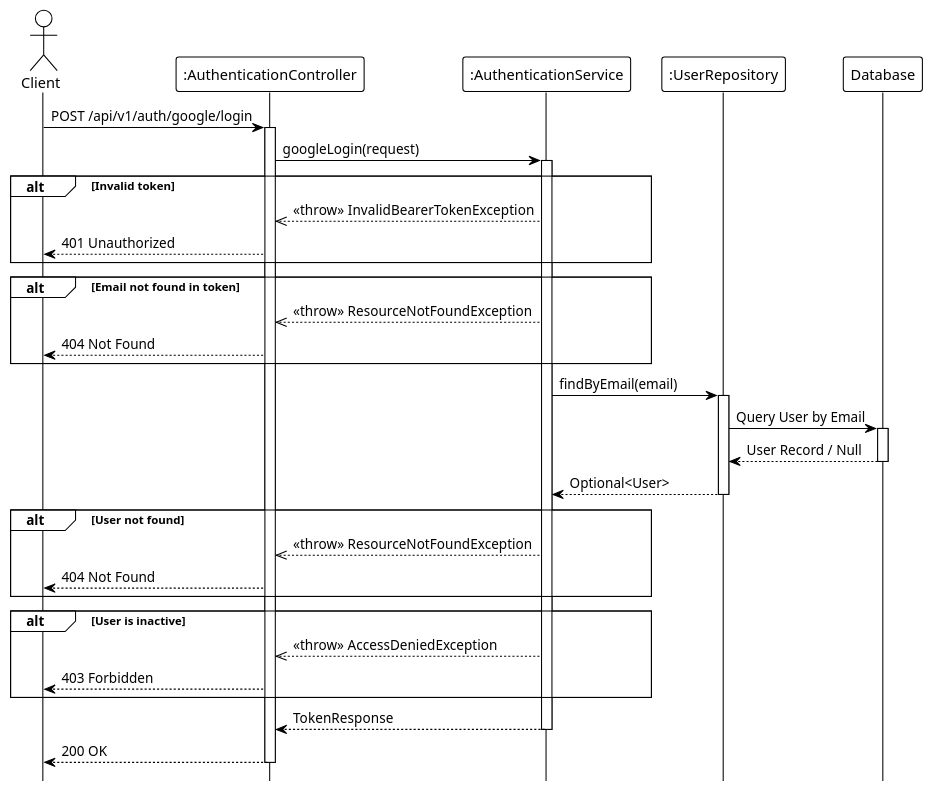
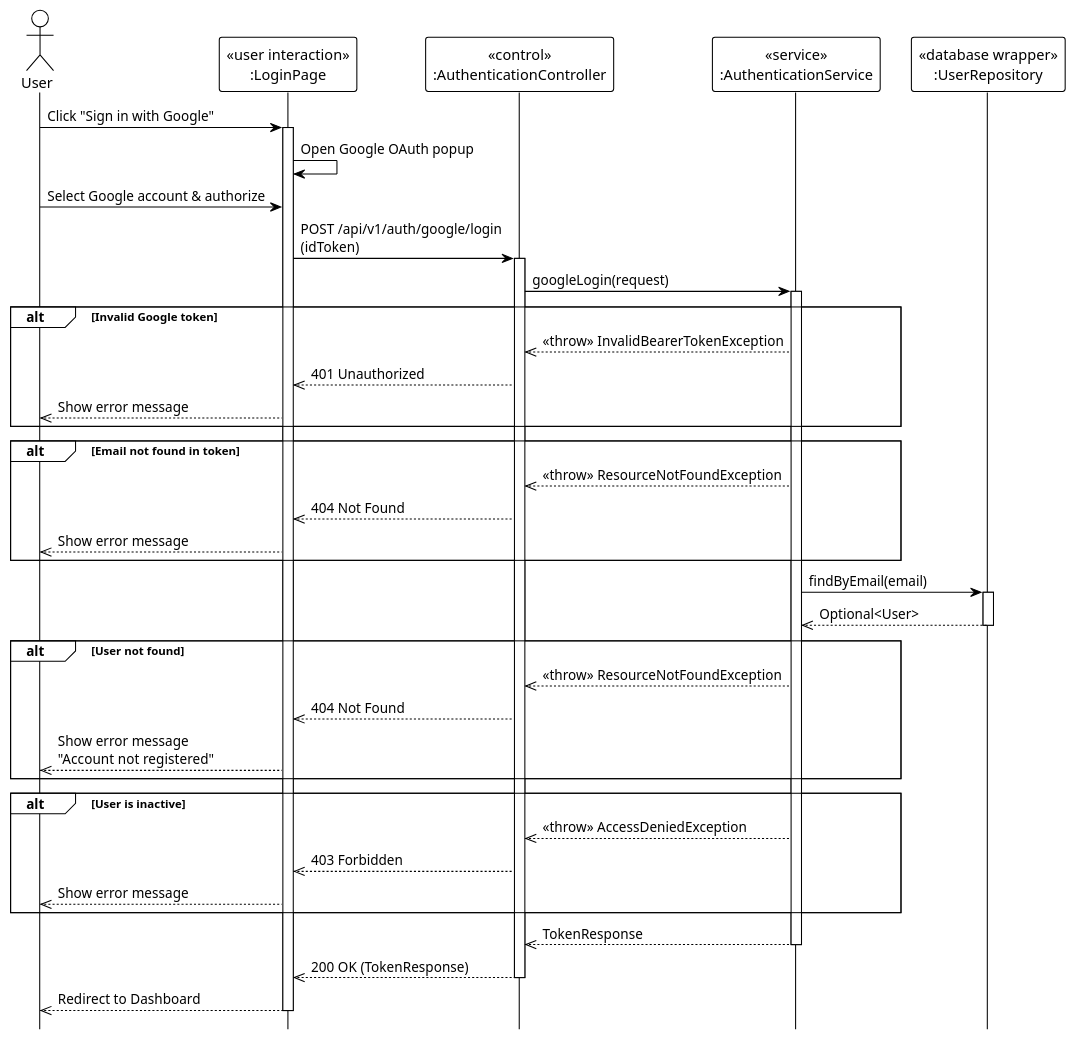
The diagram in system_detailed_design/02_sign_in_with_google/sequence_diagram_sign_in_with_google.puml (Ndh474/context), drawn with PlantUML before and after one commit. The commit also changed 4 other files, not shown here.

Commit message:
docs(system_detailed_design): add UML stereotypes to authentication sequence diagrams

```diff
--- a/system_detailed_design/02_sign_in_with_google/sequence_diagram_sign_in_with_google.puml
+++ b/system_detailed_design/02_sign_in_with_google/sequence_diagram_sign_in_with_google.puml
@@ -1,63 +1,69 @@
 @startuml sign_in_with_google
 !theme plain
 hide footbox
 
-actor Client
-participant ":AuthenticationController" as Controller
-participant ":AuthenticationService" as Service
-participant ":UserRepository" as Repository
-participant "Database" as DB
+actor User
 
-' --- MAIN FLOW ---
-Client -> Controller: POST /api/v1/auth/google/login
+participant "«user interaction»\n:LoginPage" as UI
+participant "«control»\n:AuthenticationController" as Controller
+participant "«service»\n:AuthenticationService" as Service
+participant "«database wrapper»\n:UserRepository" as Repository
+
+' === MAIN FLOW ===
+User -> UI: Click "Sign in with Google"
+activate UI
+
+UI -> UI: Open Google OAuth popup
+
+User -> UI: Select Google account & authorize
+
+UI -> Controller: POST /api/v1/auth/google/login\n(idToken)
 activate Controller
 
 Controller -> Service: googleLogin(request)
 activate Service
 
-' --- GOOGLE TOKEN VERIFICATION ---
-' Google token verification (internal)
+' === GOOGLE TOKEN VERIFICATION (internal) ===
 
-alt Invalid token
+alt Invalid Google token
     Service -->> Controller: <<throw>> InvalidBearerTokenException
-    Controller --> Client: 401 Unauthorized
+    Controller -->> UI: 401 Unauthorized
+    UI -->> User: Show error message
 end
 
 alt Email not found in token
     Service -->> Controller: <<throw>> ResourceNotFoundException
-    Controller --> Client: 404 Not Found
+    Controller -->> UI: 404 Not Found
+    UI -->> User: Show error message
 end
 
-' --- USER LOOKUP ---
+' === USER LOOKUP ===
 Service -> Repository: findByEmail(email)
 activate Repository
-
-Repository -> DB: Query User by Email
-activate DB
-DB --> Repository: User Record / Null
-deactivate DB
-
-Repository --> Service: Optional<User>
+Repository -->> Service: Optional<User>
 deactivate Repository
 
-' --- VALIDATION LOGIC ---
 alt User not found
     Service -->> Controller: <<throw>> ResourceNotFoundException
-    Controller --> Client: 404 Not Found
+    Controller -->> UI: 404 Not Found
+    UI -->> User: Show error message\n"Account not registered"
 end
 
 alt User is inactive
     Service -->> Controller: <<throw>> AccessDeniedException
-    Controller --> Client: 403 Forbidden
+    Controller -->> UI: 403 Forbidden
+    UI -->> User: Show error message
 end
 
-' --- TOKEN GENERATION ---
-' Token generation (internal)
+' === TOKEN GENERATION (internal) ===
 
-Service --> Controller: TokenResponse
+Service -->> Controller: TokenResponse
 deactivate Service
 
-Controller --> Client: 200 OK
+Controller -->> UI: 200 OK (TokenResponse)
 deactivate Controller
 
+UI -->> User: Redirect to Dashboard
+deactivate UI
+
 @enduml
```
